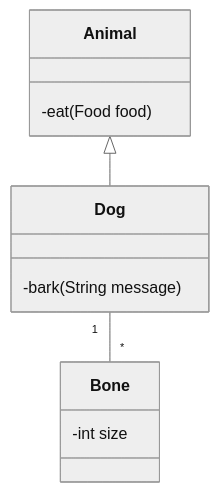
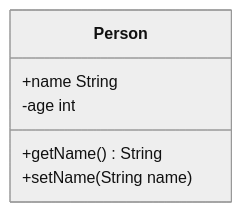
One commit to MarmaidTranspiler/Merfolk changed the diagram in example/example.md. Above: the diagram before and after it, drawn with Mermaid (neutral theme). The commit also changed other lines of this file, not shown here.

Commit message:
anderes beispiel

````diff
--- a/example/example.md
+++ b/example/example.md
@@ -3,10 +3,9 @@
 ```mermaid
 classDiagram
-Animal <|-- Dog
-Animal : -eat(Food food)
-Dog : -bark(String message)
-Dog "1" -- "*" Bone
-Bone : -int size
+Person: +name String
+Person: -age int
+Person: +getName() String
+Person: +setName(String name)
 
 
 ```
````
